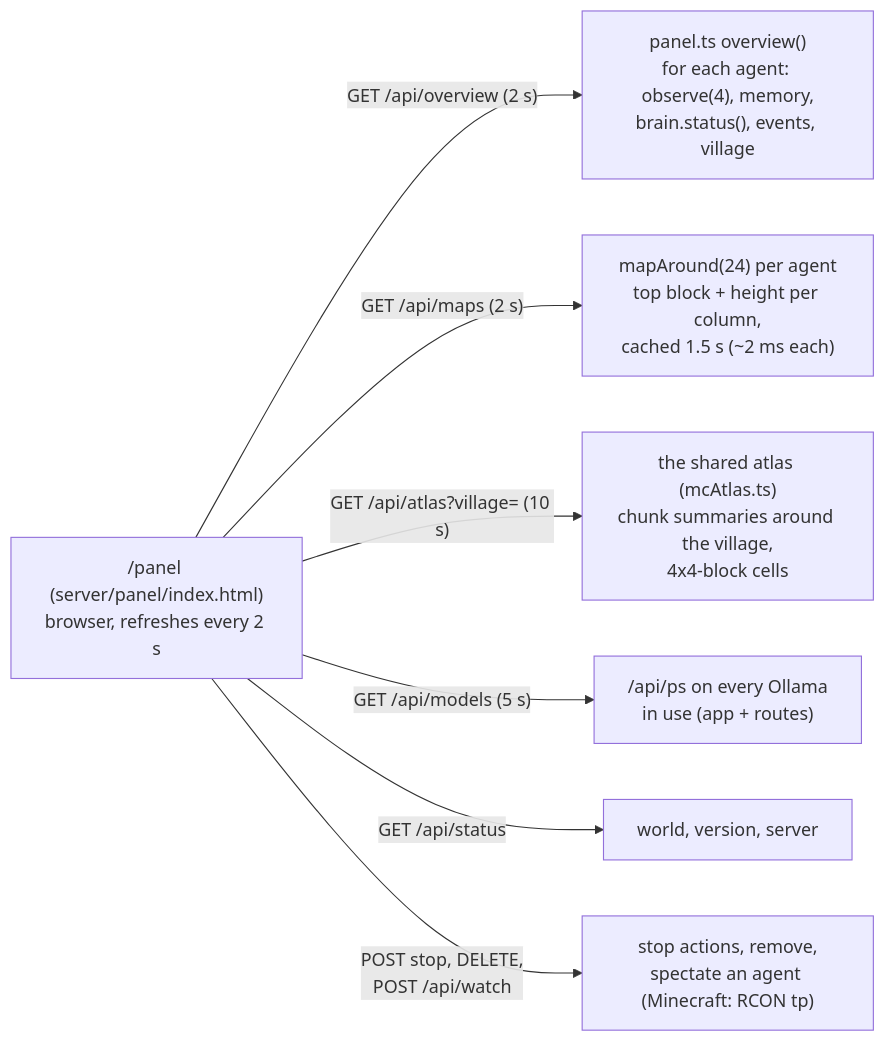
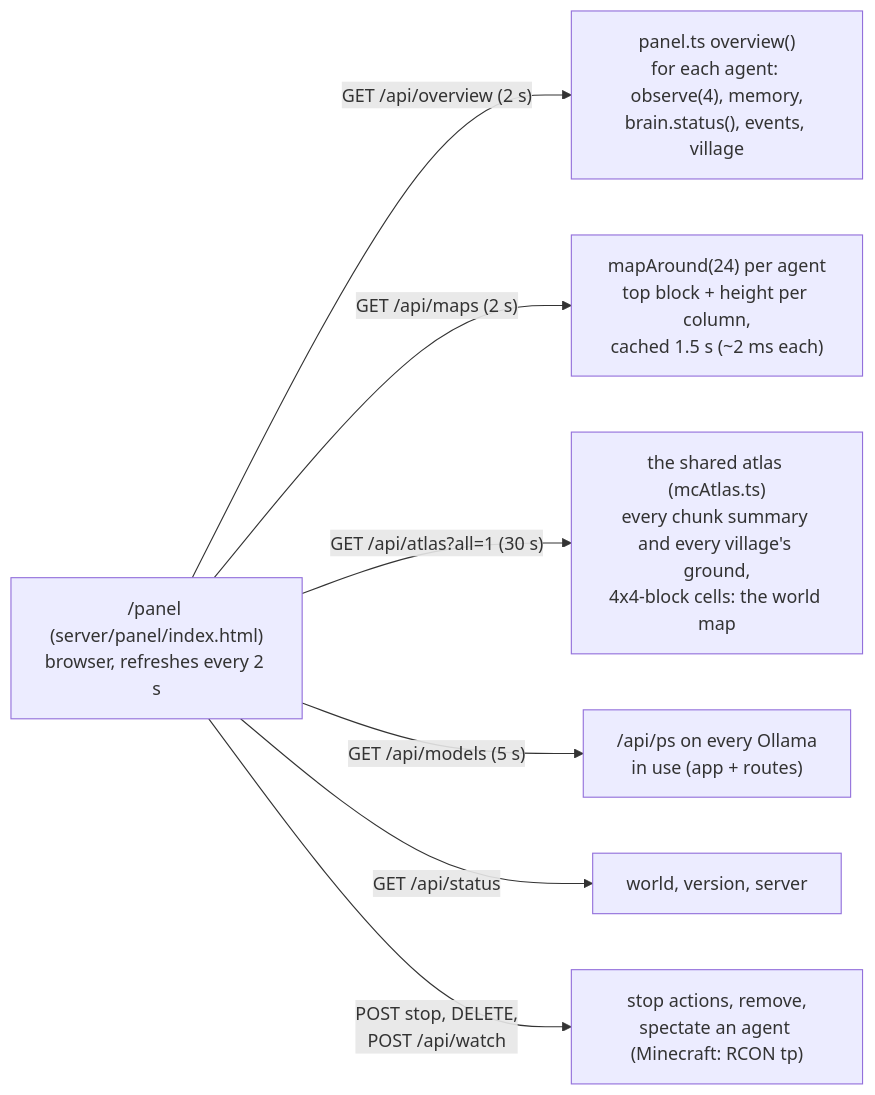
The tenth of 12 diagrams in docs/ARCHITECTURE.md (delphium226/MCAISandbox), drawn with Mermaid before and after one commit. The commit also changed 4 other files, not shown here.

First line of the commit message:
World map of the whole atlas on the panel; Hutvale2 passes V.1/V.2

````diff
--- a/docs/ARCHITECTURE.md
+++ b/docs/ARCHITECTURE.md
@@ -424,10 +424,10 @@
 ```mermaid
 flowchart LR
   page["/panel (server/panel/index.html)<br/>browser, refreshes every 2 s"]
   page -- "GET /api/overview (2 s)" --> overview["panel.ts overview()<br/>for each agent: observe(4), memory,<br/>brain.status(), events, village"]
   page -- "GET /api/maps (2 s)" --> maps["mapAround(24) per agent<br/>top block + height per column,<br/>cached 1.5 s (~2 ms each)"]
-  page -- "GET /api/atlas?village= (10 s)" --> atlas["the shared atlas (mcAtlas.ts)<br/>chunk summaries around the village,<br/>4x4-block cells"]
+  page -- "GET /api/atlas?all=1 (30 s)" --> atlas["the shared atlas (mcAtlas.ts)<br/>every chunk summary and every village's ground,<br/>4x4-block cells: the world map"]
   page -- "GET /api/models (5 s)" --> models["/api/ps on every Ollama<br/>in use (app + routes)"]
   page -- "GET /api/status" --> status["world, version, server"]
   page -- "POST stop, DELETE,<br/>POST /api/watch" --> actions["stop actions, remove,<br/>spectate an agent (Minecraft: RCON tp)"]
 ```
````
